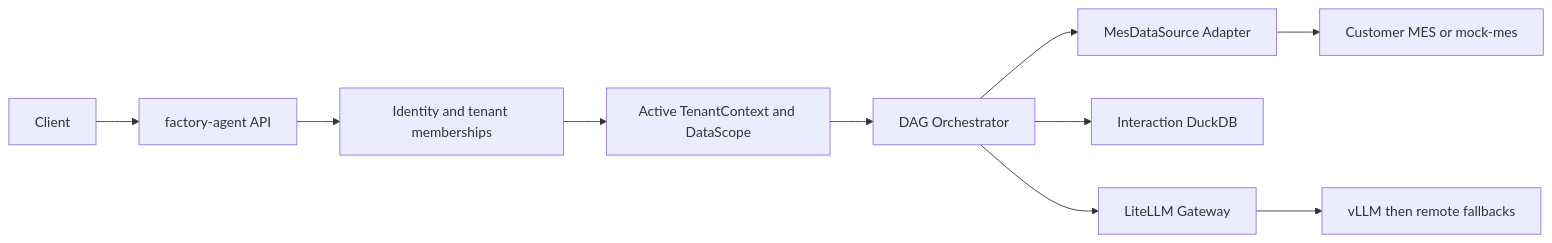
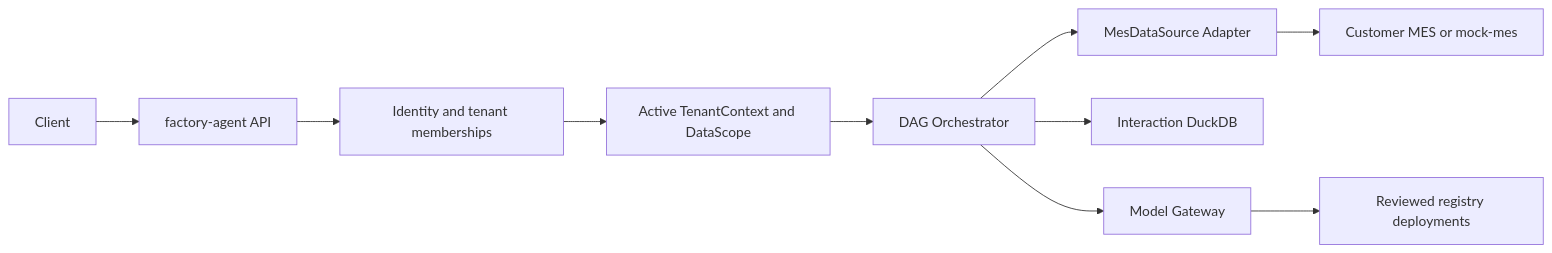
The diagram in ARCHITECTURE.md (zhu13818202655/factory-agent), drawn with Mermaid before and after one commit. The commit also changed other lines of this file and 184 other files, not shown here.

````diff
--- a/ARCHITECTURE.md
+++ b/ARCHITECTURE.md
@@ -11,12 +11,12 @@
 ```mermaid
 flowchart LR
     Client --> Agent[factory-agent API]
     Agent --> Auth[Identity and tenant memberships]
     Auth --> Context[Active TenantContext and DataScope]
     Context --> Orchestrator[DAG Orchestrator]
     Orchestrator --> Adapter[MesDataSource Adapter]
     Adapter --> MES[Customer MES or mock-mes]
     Orchestrator --> Sandbox[Interaction DuckDB]
-    Orchestrator --> Gateway[LiteLLM Gateway]
-    Gateway --> Models[vLLM then remote fallbacks]
+    Orchestrator --> Gateway[Model Gateway]
+    Gateway --> Models[Reviewed registry deployments]
 ```
````
